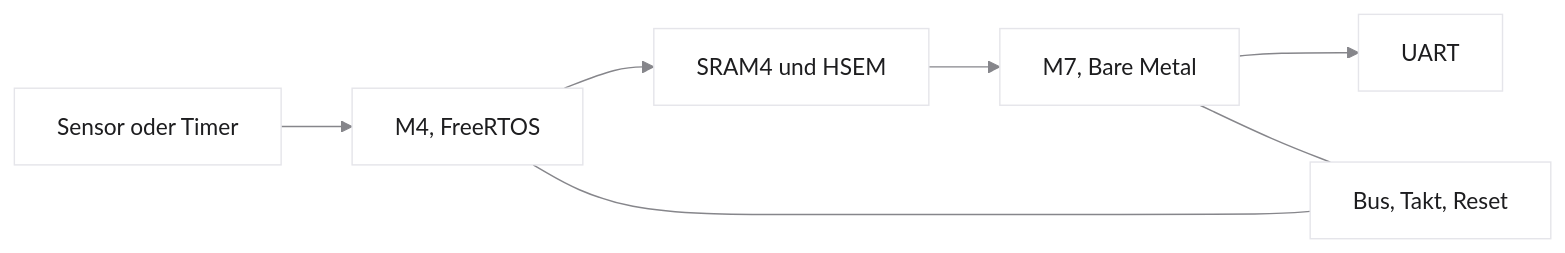
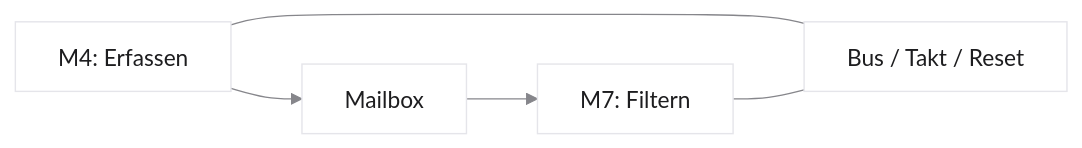
One commit to dantschi/echtzeitsysteme changed the third of 8 diagrams in vorlesungen/09_capstone-architekturmuster.qmd. Above: the diagram before and after it, drawn with Mermaid. The commit also changed other lines of this file and 12 other files, not shown here.

````diff
--- a/vorlesungen/09_capstone-architekturmuster.qmd
+++ b/vorlesungen/09_capstone-architekturmuster.qmd
@@ -183,11 +264,9 @@
 ```{mermaid}
-%%| fig-width: 8.8
-%%{init: {'theme': 'base', 'themeVariables': {'background': '#FFFFFF', 'primaryColor': '#FFFFFF', 'primaryBorderColor': '#E5E5EA', 'primaryTextColor': '#1D1D1F', 'lineColor': '#86868B'}}}%%
+%%| fig-width: 5.4
+%%{init: {'theme':'base','htmlLabels':false,'flowchart':{'htmlLabels':false},'themeVariables':{'background':'#FFFFFF','primaryColor':'#FFFFFF','primaryBorderColor':'#E5E5EA','primaryTextColor':'#1D1D1F','lineColor':'#86868B'}}}%%
 flowchart LR
-  S["Sensor oder Timer"] --> M4["M4, FreeRTOS"]
-  M4 --> SH["SRAM4 und HSEM"]
-  SH --> M7["M7, Bare Metal"]
-  M7 --> U["UART"]
-  M4 --- B["Bus, Takt, Reset"]
-  M7 --- B
+ M4["M4: Erfassen"] --> B["Mailbox"] --> M7["M7: Filtern"]
+ M4 --- H["Bus / Takt / Reset"]
+ M7 --- H
+
 ```
````
